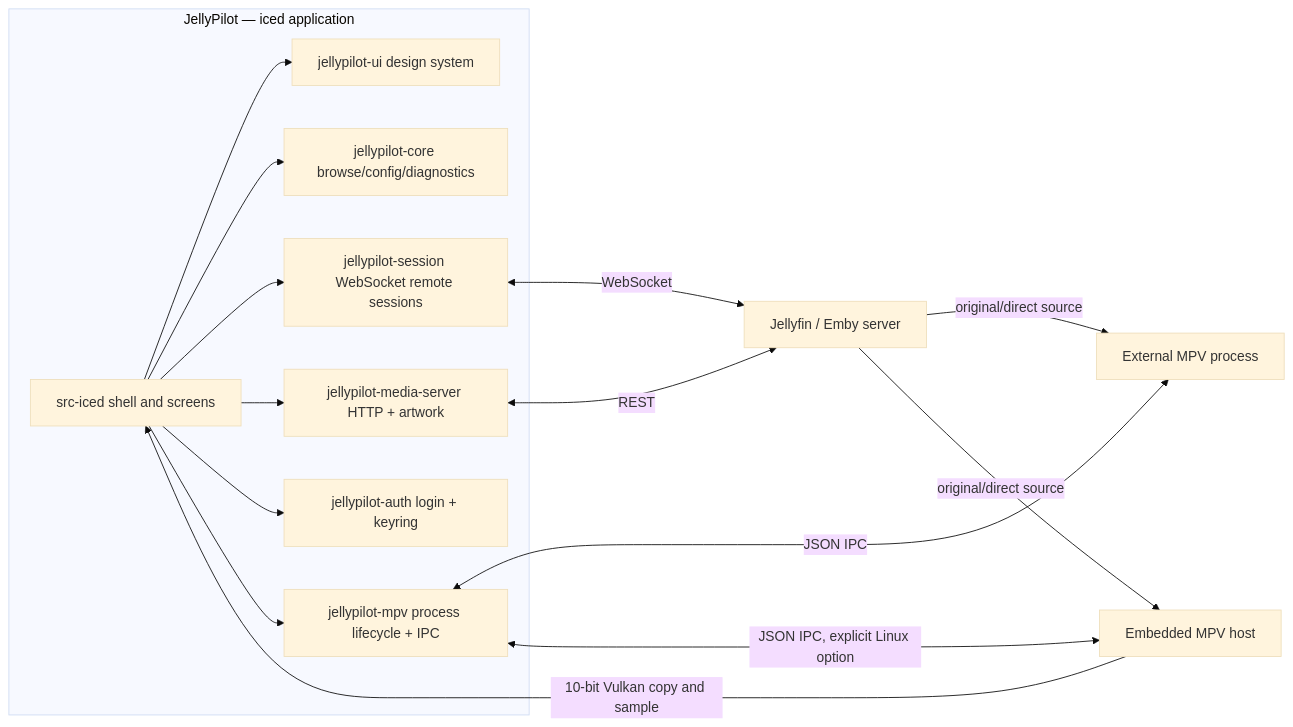
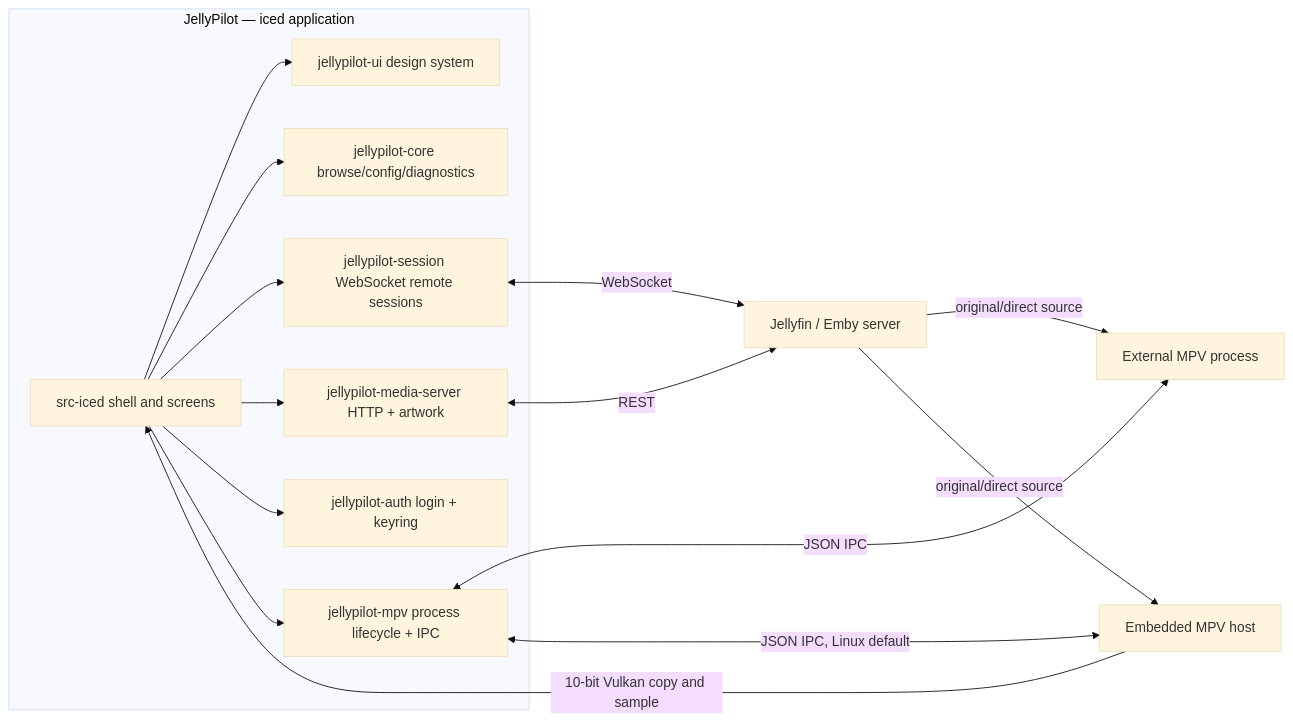
The diagram in README.md (hewel/jellypilot), drawn with Mermaid (base theme) before and after one commit. The commit also changed other lines of this file and 13 other files, not shown here.

First line of the commit message:
fix(linux): default playback to the pinned Embedded MPV fork

````diff
--- a/README.md
+++ b/README.md
@@ -353,26 +358,26 @@
 ```mermaid
 flowchart LR
     subgraph JellyPilot[JellyPilot — iced application]
         App[src-iced shell and screens]
         UI[jellypilot-ui design system]
         Core[jellypilot-core browse/config/diagnostics]
         Session[jellypilot-session WebSocket remote sessions]
         MS[jellypilot-media-server HTTP + artwork]
         Auth[jellypilot-auth login + keyring]
         Mpv[jellypilot-mpv process lifecycle + IPC]
         App --> UI
         App --> Core
         App --> Session
         App --> MS
         App --> Auth
         App --> Mpv
     end
 
     Session <-->|WebSocket| Server[Jellyfin / Emby server]
     MS <-->|REST| Server
     Server -->|original/direct source| MPV[External MPV process]
     Mpv <-->|JSON IPC| MPV
-    Mpv <-->|JSON IPC, explicit Linux option| Host[Embedded MPV host]
+    Mpv <-->|JSON IPC, Linux default| Host[Embedded MPV host]
     Server -->|original/direct source| Host
     Host -->|10-bit Vulkan copy and sample| App
 ```
````
